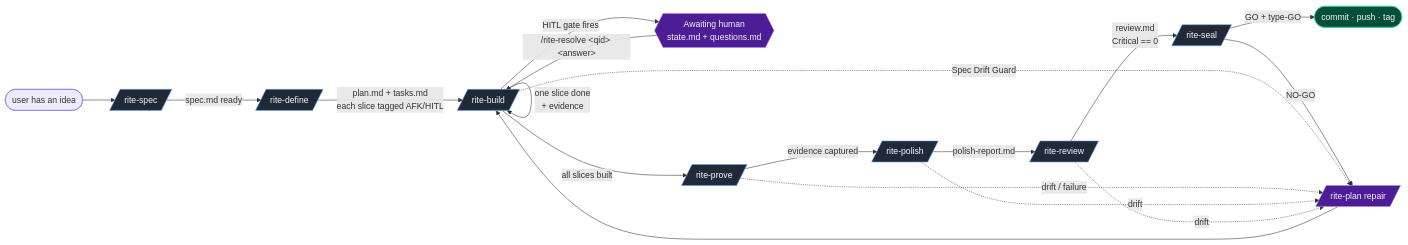
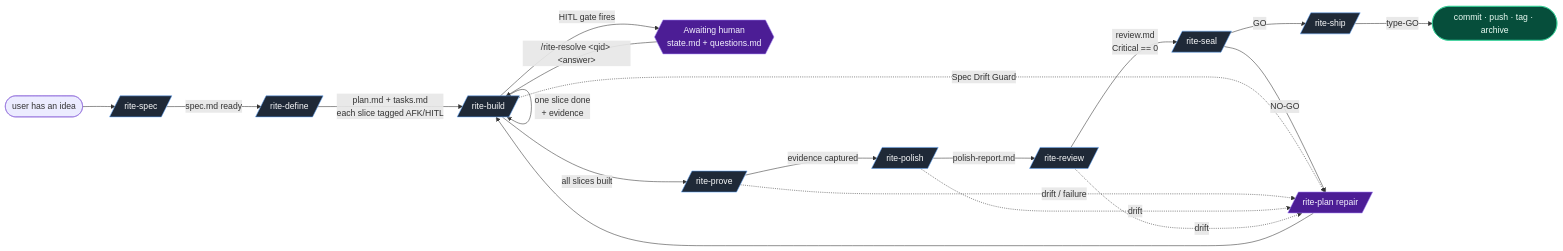
Before and after one commit to ViktorsBaikers/DevRites: the first of 9 diagrams in docs/flow.md, drawn with Mermaid. The commit also changed other lines of this file and 10 other files, not shown here.

First line of the commit message:
docs(docs): reflect ship/autocomplete + seal-decides split

````diff
--- a/docs/flow.md
+++ b/docs/flow.md
@@ -15,30 +15,31 @@
 ```mermaid
 flowchart LR
     Start([user has an idea]) --> Spec[/rite-spec/]
     Spec -->|spec.md ready| Define[/rite-define/]
     Define -->|plan.md + tasks.md<br/>each slice tagged AFK/HITL| Build[/rite-build/]
     Build -->|one slice done<br/>+ evidence| Build
     Build -->|HITL gate fires| Await{{Awaiting human<br/>state.md + questions.md}}
     Await -->|"/rite-resolve &lt;qid&gt; &lt;answer&gt;"| Build
     Build -->|all slices built| Prove[/rite-prove/]
     Prove -->|evidence captured| Polish[/rite-polish/]
     Polish -->|polish-report.md| Review[/rite-review/]
     Review -->|review.md<br/>Critical == 0| Seal[/rite-seal/]
-    Seal -->|GO + type-GO| Ship([commit · push · tag])
+    Seal -->|GO| Ship2[/rite-ship/]
+    Ship2 -->|type-GO| Shipped([commit · push · tag · archive])
     Seal -->|NO-GO| Repair[/rite-plan repair/]
     Repair --> Build
 
     Build -.->|Spec Drift Guard| Repair
     Prove -.->|drift / failure| Repair
     Polish -.->|drift| Repair
     Review -.->|drift| Repair
 
     classDef phase fill:#1f2937,stroke:#60a5fa,stroke-width:1px,color:#f9fafb
     classDef done fill:#064e3b,stroke:#34d399,color:#ecfdf5
     classDef repair fill:#4c1d95,stroke:#a78bfa,color:#f5f3ff
     classDef gate fill:#4c1d95,stroke:#a78bfa,color:#f5f3ff
-    class Spec,Define,Build,Prove,Polish,Review,Seal phase
-    class Ship done
+    class Spec,Define,Build,Prove,Polish,Review,Seal,Ship2 phase
+    class Shipped done
     class Repair repair
     class Await gate
 ```
````
